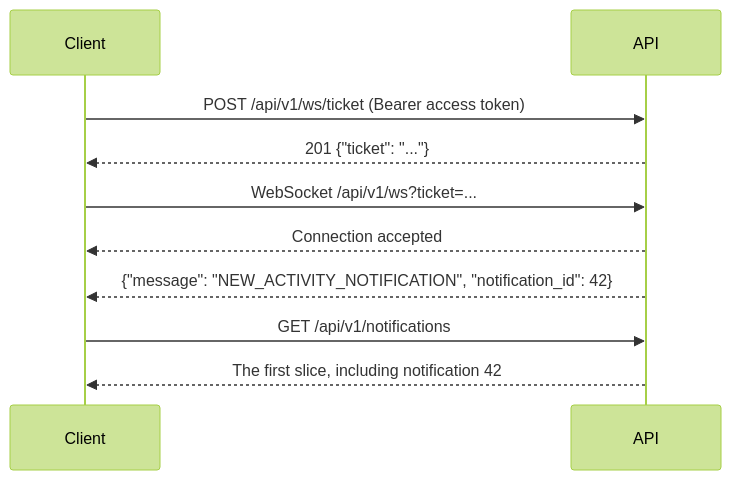
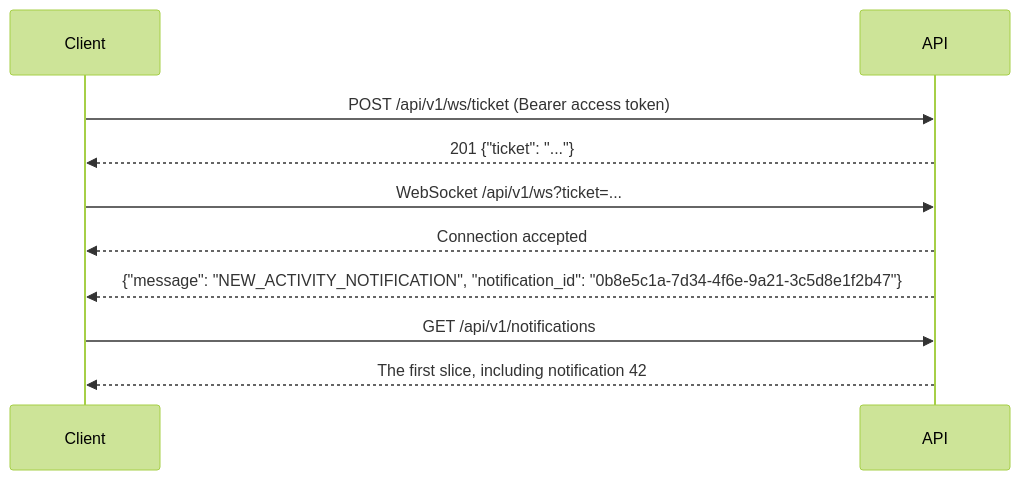
Before and after one commit to endurain-project/endurain: the first of 2 diagrams in docs/integrate/realtime.md, drawn with Mermaid (forest theme). The commit also changed other lines of this file and 203 other files, not shown here.

````diff
--- a/docs/integrate/realtime.md
+++ b/docs/integrate/realtime.md
@@ -11,12 +11,12 @@
 ```mermaid
 sequenceDiagram
     participant C as Client
     participant API
     C->>API: POST /api/v1/ws/ticket (Bearer access token)
     API-->>C: 201 {"ticket": "..."}
     C->>API: WebSocket /api/v1/ws?ticket=...
     API-->>C: Connection accepted
-    API-->>C: {"message": "NEW_ACTIVITY_NOTIFICATION", "notification_id": 42}
+    API-->>C: {"message": "NEW_ACTIVITY_NOTIFICATION", "notification_id": "0b8e5c1a-7d34-4f6e-9a21-3c5d8e1f2b47"}
     C->>API: GET /api/v1/notifications
     API-->>C: The first slice, including notification 42
 ```
````
